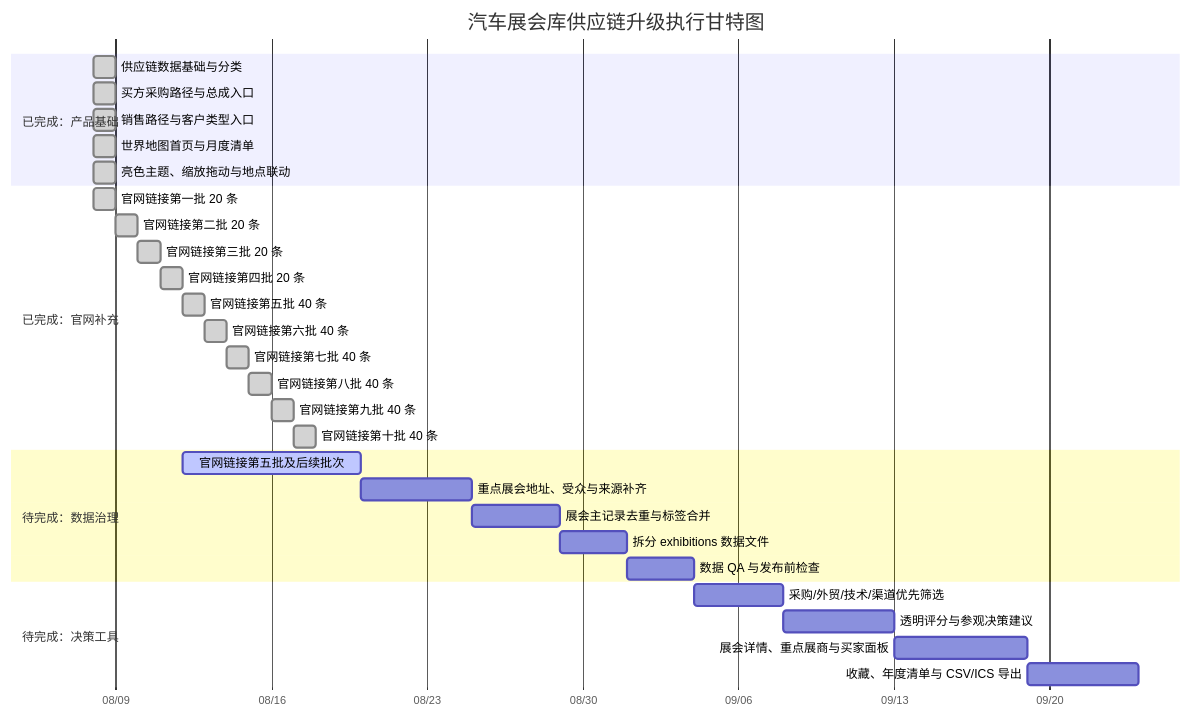
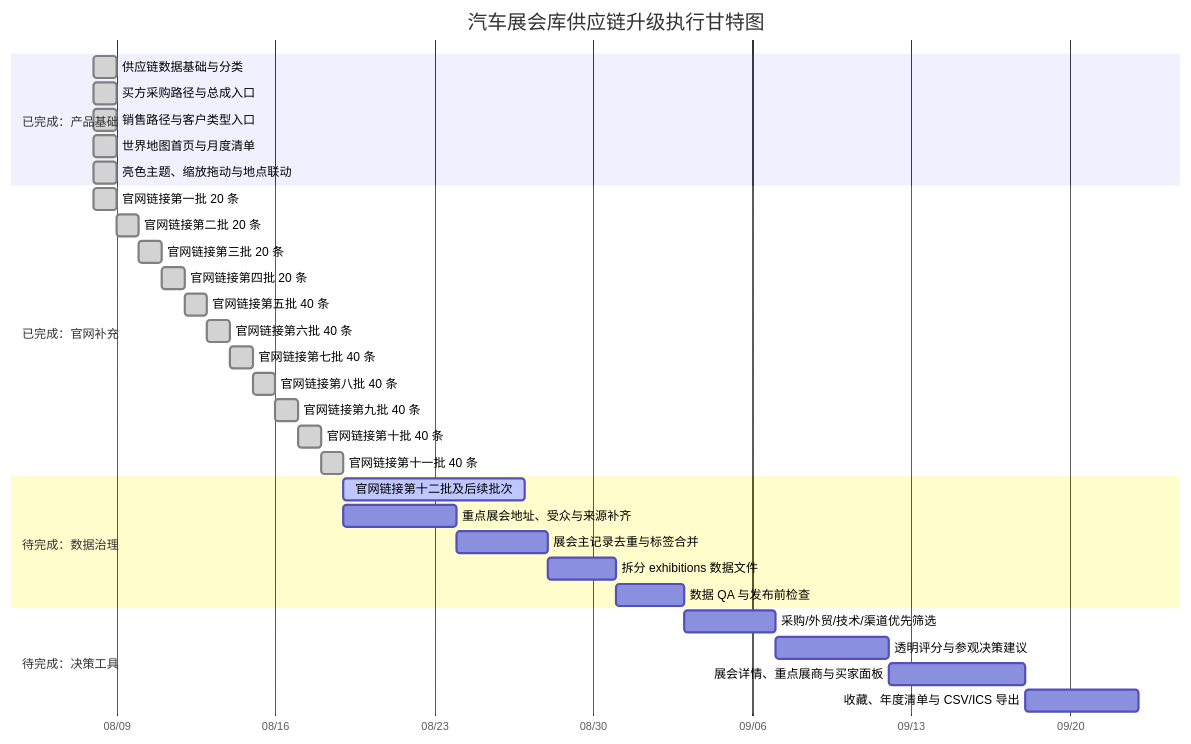
One commit to Cloudyluk/auto-expo changed the diagram in docs/PROJECT_PROGRESS.md. Above: the diagram before and after it, drawn with Mermaid. The commit also changed other lines of this file and 2 other files, not shown here.

Commit message:
Add eleventh batch of official exhibition links

````diff
--- a/docs/PROJECT_PROGRESS.md
+++ b/docs/PROJECT_PROGRESS.md
@@ -19,34 +19,35 @@
 ```mermaid
 gantt
     title 汽车展会库供应链升级执行甘特图
     dateFormat  YYYY-MM-DD
     axisFormat  %m/%d
     section 已完成：产品基础
     供应链数据基础与分类             :done, foundation, 2026-08-08, 1d
     买方采购路径与总成入口           :done, buyer, 2026-08-08, 1d
     销售路径与客户类型入口           :done, seller, 2026-08-08, 1d
     世界地图首页与月度清单           :done, map, 2026-08-08, 1d
     亮色主题、缩放拖动与地点联动     :done, interaction, 2026-08-08, 1d
     section 已完成：官网补充
     官网链接第一批 20 条             :done, links1, 2026-08-08, 1d
     官网链接第二批 20 条             :done, links2, after links1, 1d
     官网链接第三批 20 条             :done, links3, after links2, 1d
     官网链接第四批 20 条             :done, links4, after links3, 1d
     官网链接第五批 40 条             :done, links5done, after links4, 1d
     官网链接第六批 40 条             :done, links6done, after links5done, 1d
     官网链接第七批 40 条             :done, links7done, after links6done, 1d
     官网链接第八批 40 条             :done, links8done, after links7done, 1d
     官网链接第九批 40 条             :done, links9done, after links8done, 1d
     官网链接第十批 40 条             :done, links10done, after links9done, 1d
+    官网链接第十一批 40 条           :done, links11done, after links10done, 1d
     section 待完成：数据治理
-    官网链接第五批及后续批次         :active, links5, after links4, 8d
+    官网链接第十二批及后续批次       :active, links12, after links11done, 8d
     重点展会地址、受众与来源补齐     :fields, after links5, 5d
     展会主记录去重与标签合并         :dedupe, after fields, 4d
     拆分 exhibitions 数据文件        :split, after dedupe, 3d
     数据 QA 与发布前检查              :qa, after split, 3d
     section 待完成：决策工具
     采购/外贸/技术/渠道优先筛选       :filters, after qa, 4d
     透明评分与参观决策建议           :score, after filters, 5d
     展会详情、重点展商与买家面板      :detail, after score, 6d
     收藏、年度清单与 CSV/ICS 导出     :plan, after detail, 5d
 ```
````
